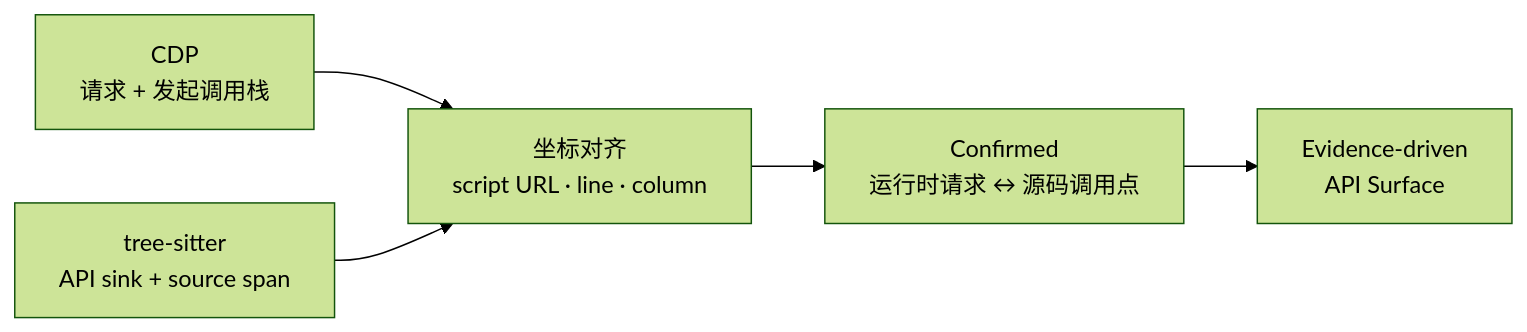
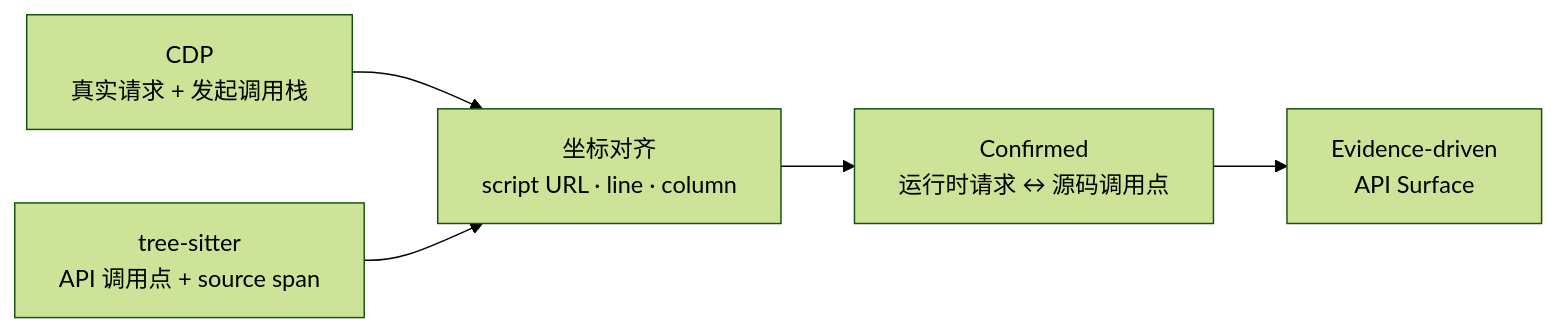
Before and after one commit to Asarejepht2959/TraceSurface: the diagram in README.md, drawn with Mermaid (forest theme). The commit also changed other lines of this file and 10 other files, not shown here.

````diff
--- a/README.md
+++ b/README.md
@@ -31,7 +144,7 @@
 ```mermaid
 flowchart LR
-    A["CDP<br/>请求 + 发起调用栈"] --> C["坐标对齐<br/>script URL · line · column"]
-    B["tree-sitter<br/>API sink + source span"] --> C
+    A["CDP<br/>真实请求 + 发起调用栈"] --> C["坐标对齐<br/>script URL · line · column"]
+    B["tree-sitter<br/>API 调用点 + source span"] --> C
     C --> D["Confirmed<br/>运行时请求 ↔ 源码调用点"]
     D --> E["Evidence-driven<br/>API Surface"]
 ```
````
